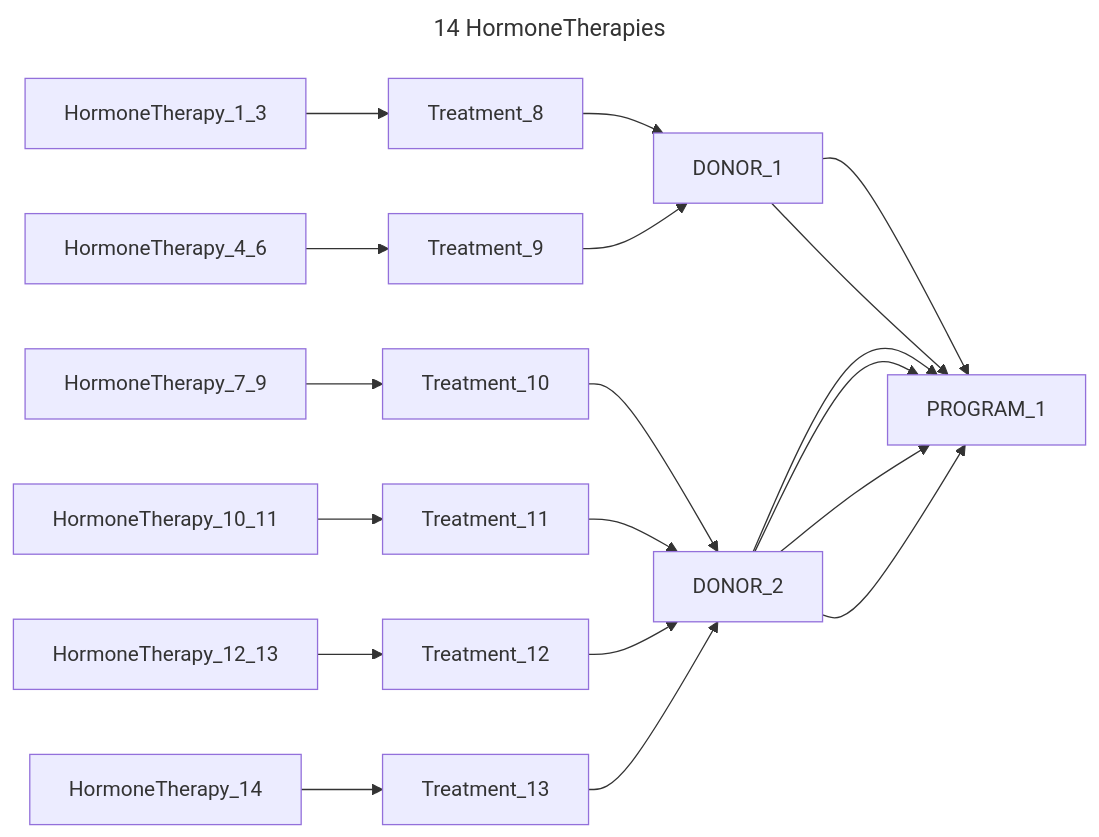
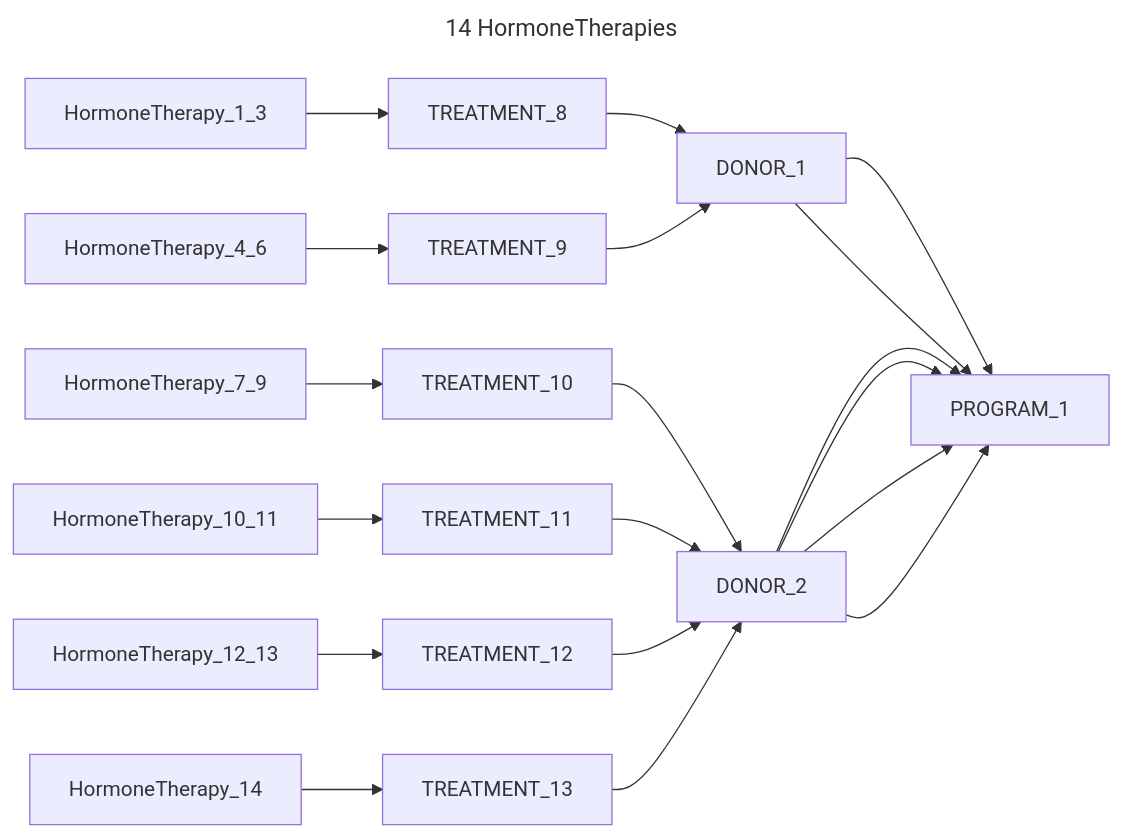
The seventh of 14 diagrams in chord_metadata_service/mohpackets/data/small_dataset/README.md (CanDIG/katsu), drawn with Mermaid before and after one commit. The commit also changed other lines of this file and 2 other files, not shown here.

Commit message:
check graphs

````diff
--- a/chord_metadata_service/mohpackets/data/small_dataset/README.md
+++ b/chord_metadata_service/mohpackets/data/small_dataset/README.md
@@ -127,12 +127,12 @@
 ```mermaid
 ---
 title: 14 HormoneTherapies
 ---
 graph LR;  
-  HormoneTherapy_1_3 --> Treatment_8 --> DONOR_1 --> PROGRAM_1;  
-  HormoneTherapy_4_6 --> Treatment_9 --> DONOR_1 --> PROGRAM_1;  
-  HormoneTherapy_7_9 --> Treatment_10 --> DONOR_2 --> PROGRAM_1;  
-  HormoneTherapy_10_11 --> Treatment_11 --> DONOR_2 --> PROGRAM_1;  
-  HormoneTherapy_12_13 --> Treatment_12 --> DONOR_2 --> PROGRAM_1;  
-  HormoneTherapy_14 --> Treatment_13 --> DONOR_2 --> PROGRAM_1;   
+  HormoneTherapy_1_3 --> TREATMENT_8 --> DONOR_1 --> PROGRAM_1;  
+  HormoneTherapy_4_6 --> TREATMENT_9 --> DONOR_1 --> PROGRAM_1;  
+  HormoneTherapy_7_9 --> TREATMENT_10 --> DONOR_2 --> PROGRAM_1;  
+  HormoneTherapy_10_11 --> TREATMENT_11 --> DONOR_2 --> PROGRAM_1;  
+  HormoneTherapy_12_13 --> TREATMENT_12 --> DONOR_2 --> PROGRAM_1;  
+  HormoneTherapy_14 --> TREATMENT_13 --> DONOR_2 --> PROGRAM_1;   
 ```
````
